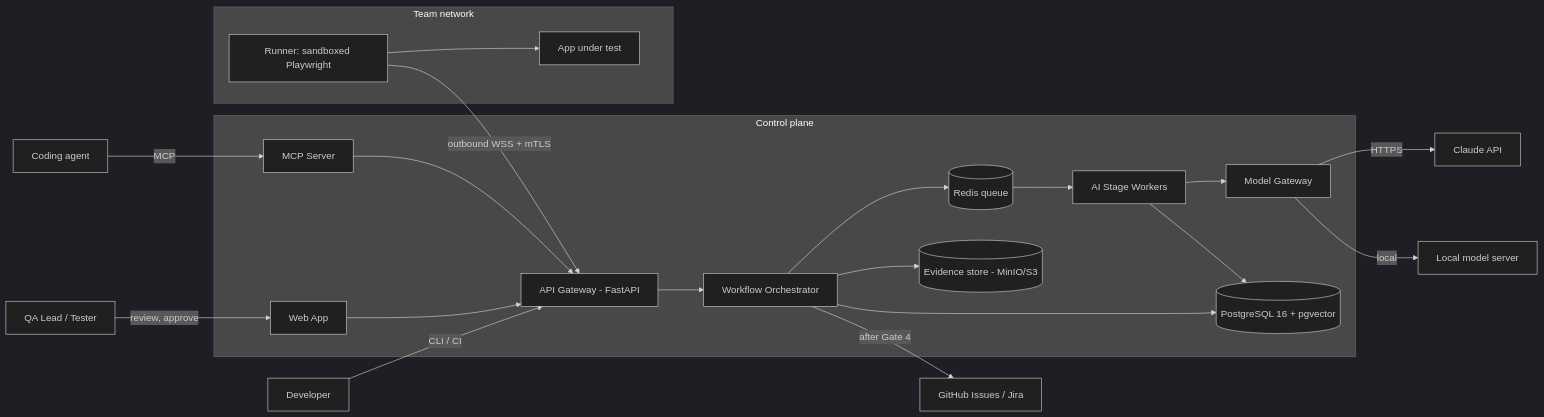
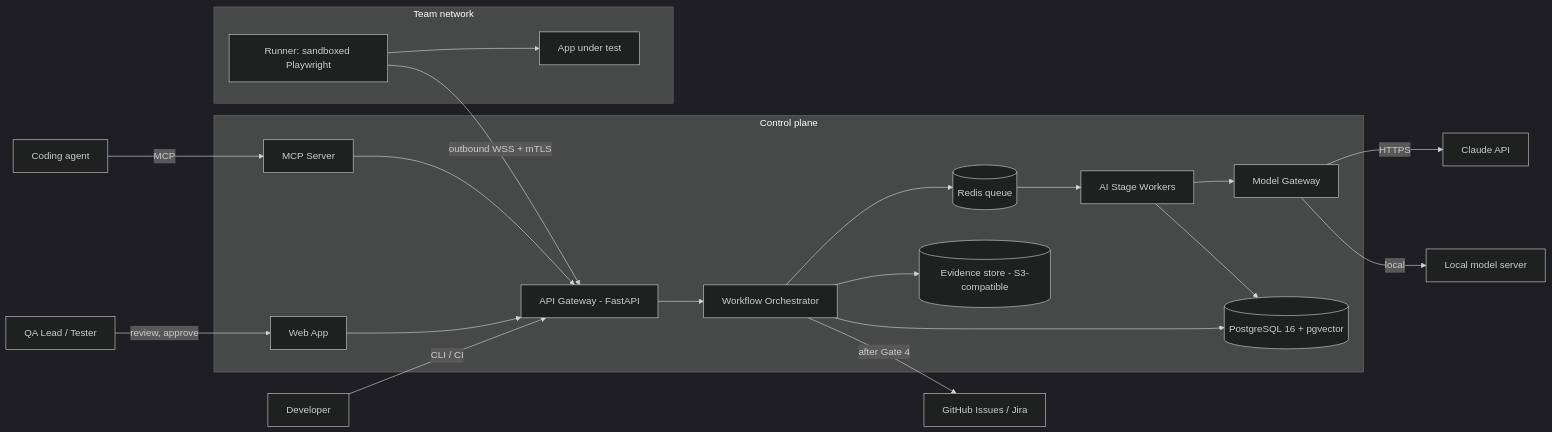
Before and after one commit to bushra2305341010-afk/Smart-QA: the diagram in docs/02-architecture.md, drawn with Mermaid (dark theme). The commit also changed other lines of this file and 19 other files, not shown here.

````diff
--- a/docs/02-architecture.md
+++ b/docs/02-architecture.md
@@ -13,24 +13,24 @@
 ```mermaid
 flowchart LR
     QA[QA Lead / Tester] -->|review, approve| WEB[Web App]
     DEV[Developer] -->|CLI / CI| API
     AGENT[Coding agent] -->|MCP| MCP[MCP Server]
     subgraph CP[Control plane]
         WEB --> API[API Gateway - FastAPI]
         MCP --> API
         API --> ORCH[Workflow Orchestrator]
         ORCH --> Q[(Redis queue)]
         Q --> WK[AI Stage Workers]
         WK --> GW[Model Gateway]
         ORCH --> DB[(PostgreSQL 16 + pgvector)]
         WK --> DB
-        ORCH --> OBJ[(Evidence store - MinIO/S3)]
+        ORCH --> OBJ[(Evidence store - S3-compatible)]
     end
     GW -->|HTTPS| CLAUDE[Claude API]
     GW -->|local| LOCAL[Local model server]
     subgraph TN[Team network]
         RUN[Runner: sandboxed Playwright] -->|outbound WSS + mTLS| API
         RUN --> SUT[App under test]
     end
     ORCH -->|after Gate 4| TRK[GitHub Issues / Jira]
 ```
````
